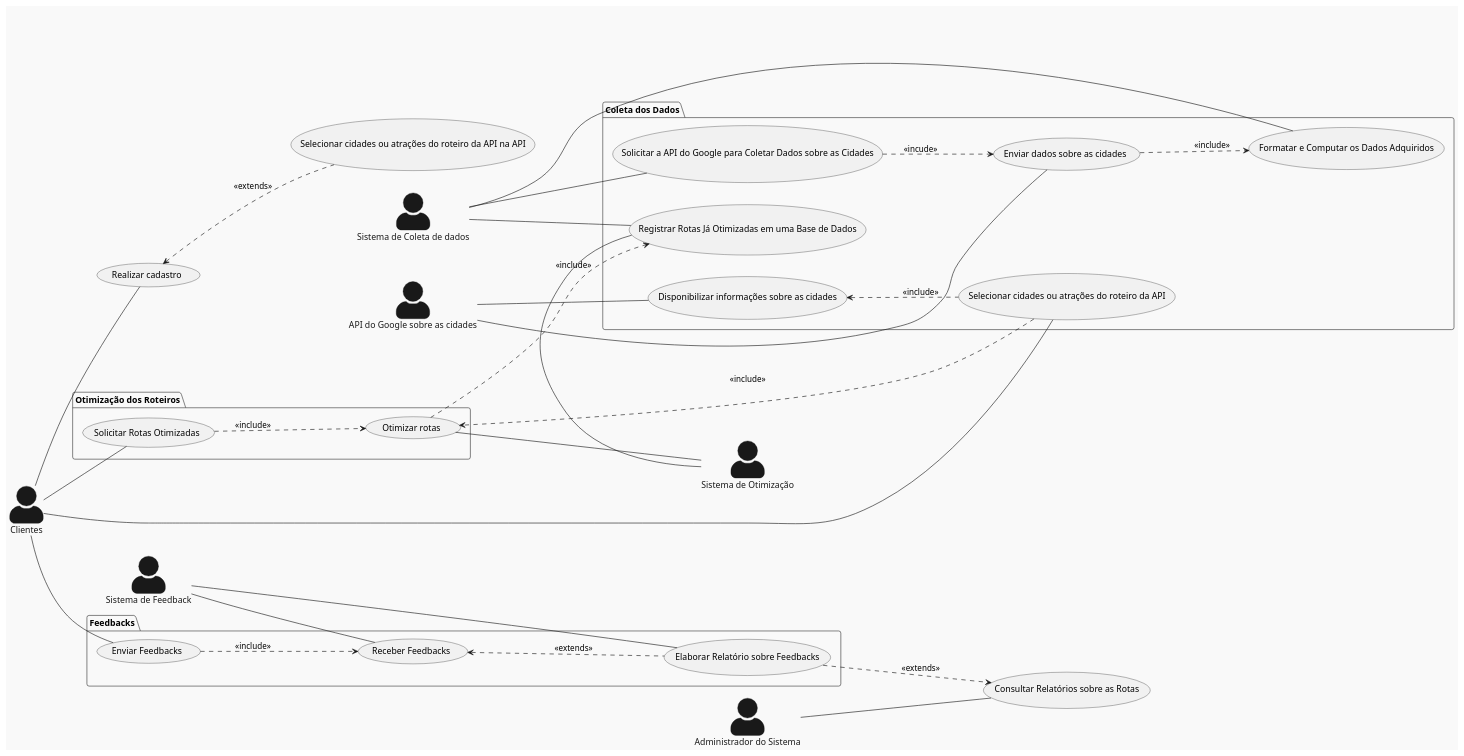
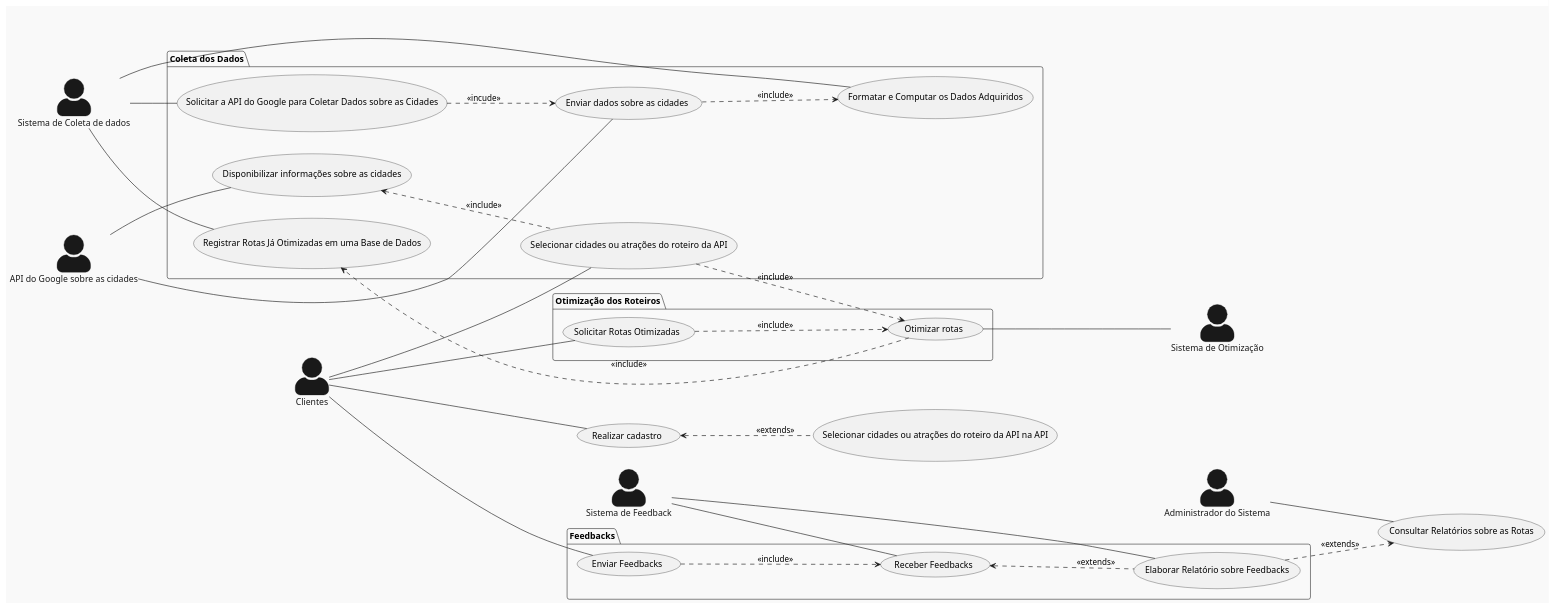
One commit to pedrodilallo/site_turismo_SIG changed the diagram in Relatório/Semana-1/Diagramas/DCU.md. Above: the diagram before and after it, drawn with PlantUML. The commit also changed 1 other file, not shown here.

Commit message:
Mais correções DCU

```diff
--- a/Relatório/Semana-1/Diagramas/DCU.md
+++ b/Relatório/Semana-1/Diagramas/DCU.md
@@ -1,68 +1,67 @@
 @startuml
 skinparam actorStyle awesome
 !theme mars
 left to right direction
 
 actor "Clientes" as cliente
 actor "API do Google sobre as cidades" as API
 actor "Sistema de Otimização" as  otimizador
 actor "Administrador do Sistema" as sys_admin
 actor "Sistema de Feedback" as feedback
 actor "Sistema de Coleta de dados" as coletador
 
 cliente -- (Realizar cadastro)
 
 
 package "Coleta dos Dados"{
 cliente -- (Selecionar cidades ou atrações do roteiro da API)
 
 coletador -- (Solicitar a API do Google para Coletar Dados sobre as Cidades)
 coletador -- (Registrar Rotas Já Otimizadas em uma Base de Dados)
 coletador -- (Formatar e Computar os Dados Adquiridos)
 API -- (Enviar dados sobre as cidades)
 API -- (Disponibilizar informações sobre as cidades)
 (Disponibilizar informações sobre as cidades) <.. (Selecionar cidades ou atrações do roteiro da API) : <<include>>
 
 
 
 }
 
 
 package "Otimização dos Roteiros"{
 cliente -- (Solicitar Rotas Otimizadas)
-otimizador -- (Registrar Rotas Já Otimizadas em uma Base de Dados)
 (Otimizar rotas) -- otimizador 
 (Solicitar Rotas Otimizadas) ..> (Otimizar rotas) : <<include>>
 (Selecionar cidades ou atrações do roteiro da API) ..> (Otimizar rotas): <<include>>
 (Solicitar a API do Google para Coletar Dados sobre as Cidades) ..> (Enviar dados sobre as cidades) : <<incude>>
 (Otimizar rotas) ..> (Registrar Rotas Já Otimizadas em uma Base de Dados) : <<include>>
 
 }
 
 
 
 sys_admin -- (Consultar Relatórios sobre as Rotas)
 
 
 
 
 (Realizar cadastro) <.. (Selecionar cidades ou atrações do roteiro da API na API) : <<extends>>
 (Enviar dados sobre as cidades) ..> (Formatar e Computar os Dados Adquiridos) : <<include>>
 
 
 package "Feedbacks"{
 
 (Enviar Feedbacks) ..> (Receber Feedbacks) : <<include>>
 (Receber Feedbacks) <.. (Elaborar Relatório sobre Feedbacks) : <<extends>>
 (Elaborar Relatório sobre Feedbacks) ..> (Consultar Relatórios sobre as Rotas) : <<extends>>
 cliente -- (Enviar Feedbacks)
 feedback -- (Receber Feedbacks)
 feedback -- (Elaborar Relatório sobre Feedbacks)
 
 
 
 }
 
 
 
 @enduml
```
